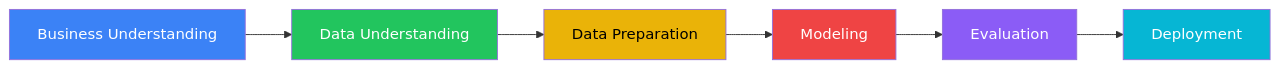
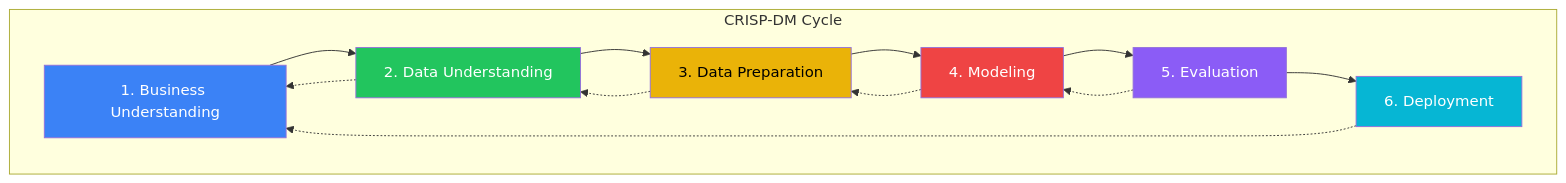
Before and after one commit to samuel-1-avson/healthcare-appointments: the first of 4 diagrams in MONTH1_CURRICULUM_REPORT.md, drawn with Mermaid. The commit also changed other lines of this file, not shown here.

Commit message:
docs: expand CRISP-DM section with detailed phase breakdowns, project-specific activities, deliverables, and an updated iterative flowchart.

````diff
--- a/MONTH1_CURRICULUM_REPORT.md
+++ b/MONTH1_CURRICULUM_REPORT.md
@@ -39,15 +42,23 @@
 ```mermaid
-flowchart LR
-    A[Business Understanding] --> B[Data Understanding]
-    B --> C[Data Preparation]
-    C --> D[Modeling]
-    D --> E[Evaluation]
-    E --> F[Deployment]
+flowchart TB
+    subgraph "CRISP-DM Cycle"
+        A[1. Business Understanding] --> B[2. Data Understanding]
+        B --> C[3. Data Preparation]
+        C --> D[4. Modeling]
+        D --> E[5. Evaluation]
+        E --> F[6. Deployment]
+        F -.-> A
+        
+        B -.-> A
+        C -.-> B
+        D -.-> C
+        E -.-> D
+    end
     
     style A fill:#3b82f6,color:#fff
     style B fill:#22c55e,color:#fff
     style C fill:#eab308,color:#000
     style D fill:#ef4444,color:#fff
     style E fill:#8b5cf6,color:#fff
     style F fill:#06b6d4,color:#fff
 ```
````
